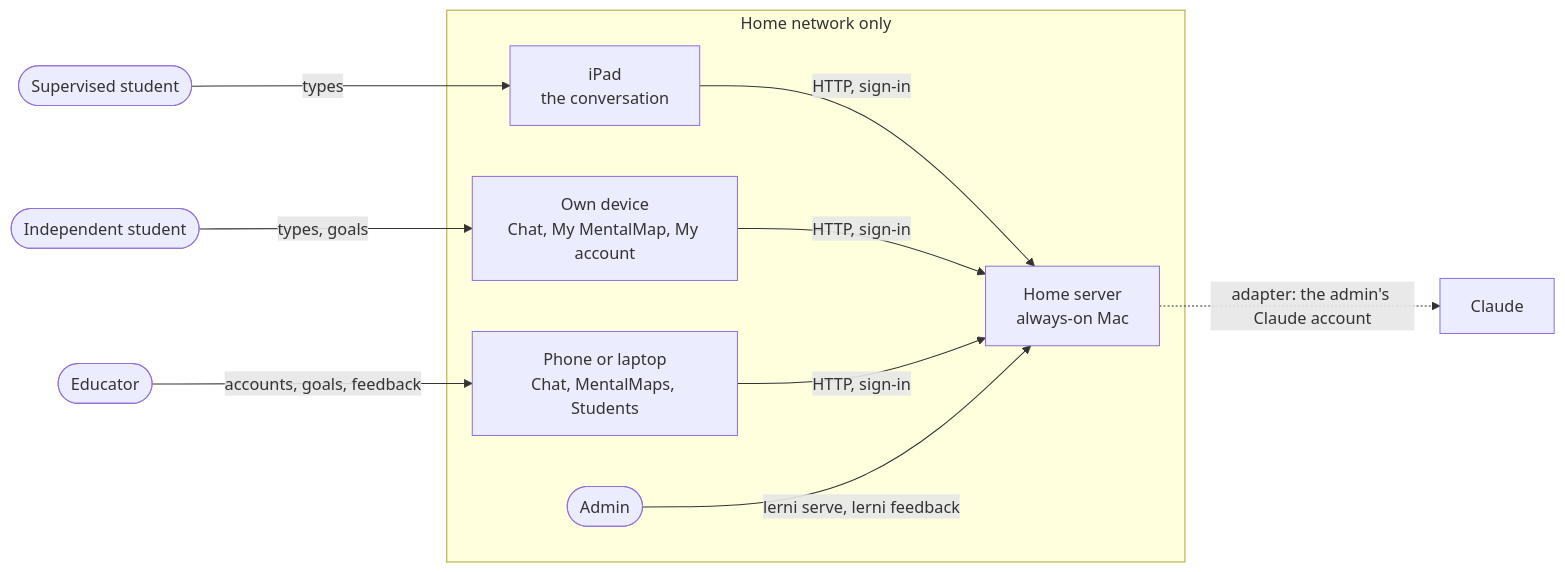
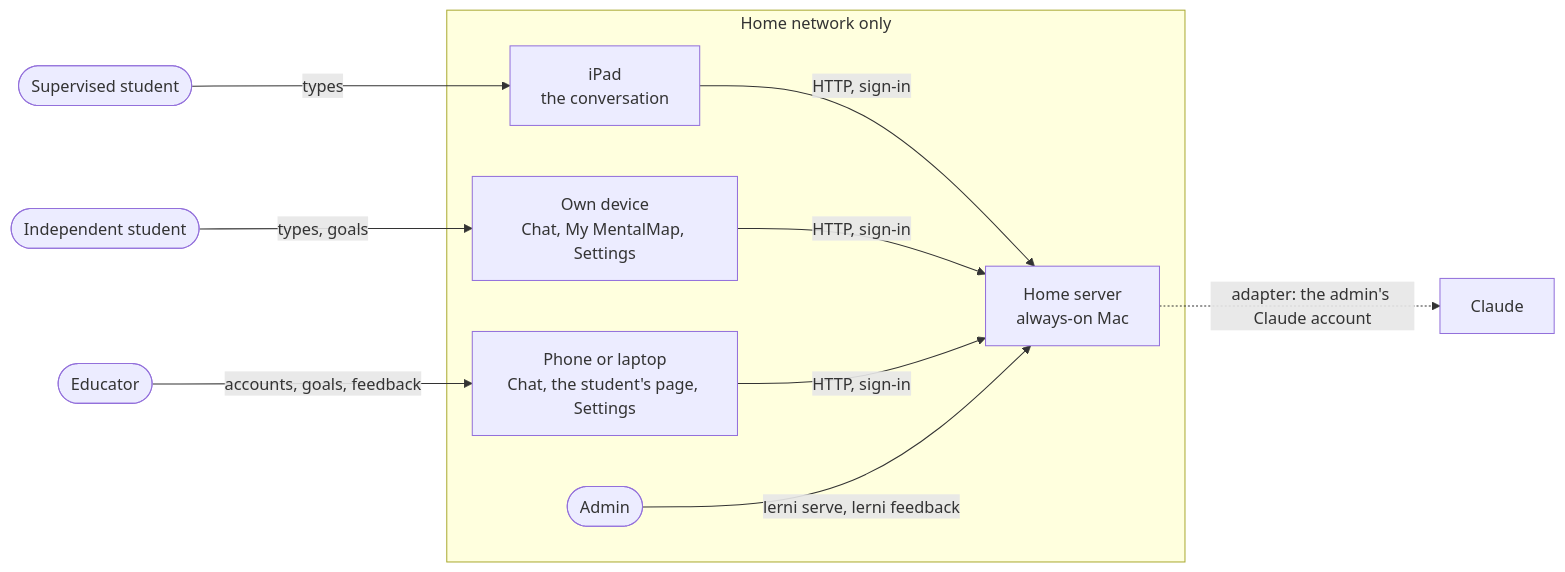
One commit to torenunez/lerni changed the first of 2 diagrams in docs/ARCHITECTURE.md. Above: the diagram before and after it, drawn with Mermaid. The commit also changed other lines of this file and 15 other files, not shown here.

First line of the commit message:
v3.25: the educator's page

````diff
--- a/docs/ARCHITECTURE.md
+++ b/docs/ARCHITECTURE.md
@@ -18,13 +18,13 @@
 ```mermaid
 flowchart LR
     student([Supervised student]) -- "types" --> ipad["iPad<br/>the conversation"]
-    indep([Independent student]) -- "types, goals" --> idev["Own device<br/>Chat, My MentalMap, My account"]
-    educator([Educator]) -- "accounts, goals, feedback" --> edev["Phone or laptop<br/>Chat, MentalMaps, Students"]
+    indep([Independent student]) -- "types, goals" --> idev["Own device<br/>Chat, My MentalMap, Settings"]
+    educator([Educator]) -- "accounts, goals, feedback" --> edev["Phone or laptop<br/>Chat, the student's page, Settings"]
     subgraph home[Home network only]
         ipad -- "HTTP, sign-in" --> server["Home server<br/>always-on Mac"]
         idev -- "HTTP, sign-in" --> server
         edev -- "HTTP, sign-in" --> server
         admin([Admin]) -- "lerni serve, lerni feedback" --> server
     end
     server -. "adapter: the admin's Claude account" .-> ai[Claude]
 ```
````
